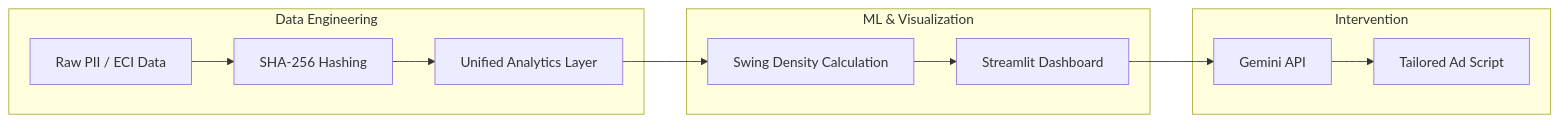
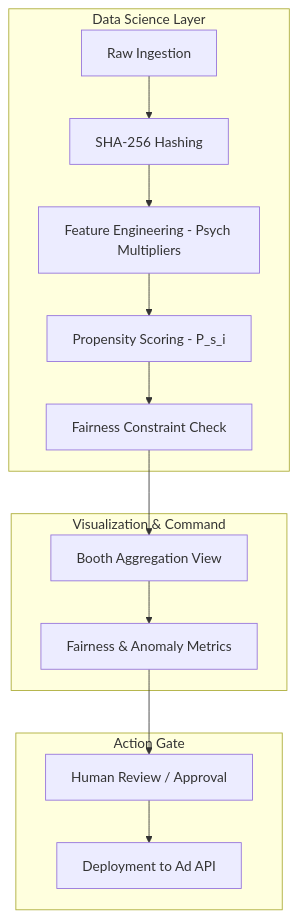
Before and after one commit to pramodcbabu/debaz: the diagram in nethra/docs/technical_specs.md, drawn with Mermaid. The commit also changed other lines of this file and 7 other files, not shown here.

Commit message:
Nethra Refinement: Grounding Psych/Ethics in Data & Math; Individual Propensity Model

````diff
--- a/nethra/docs/technical_specs.md
+++ b/nethra/docs/technical_specs.md
@@ -40,17 +38,19 @@
 ```mermaid
-graph LR
-    subgraph "Data Engineering"
-        A[Raw PII / ECI Data] --> B[SHA-256 Hashing]
-        B --> C[Unified Analytics Layer]
+graph TD
+    subgraph "Data Science Layer"
+        A[Raw Ingestion] --> B[SHA-256 Hashing]
+        B --> C[Feature Engineering - Psych Multipliers]
+        C --> D[Propensity Scoring - P_s_i]
+        D --> E[Fairness Constraint Check]
     end
     
-    subgraph "ML & Visualization"
-        C --> D[Swing Density Calculation]
-        D --> E[Streamlit Dashboard]
+    subgraph "Visualization & Command"
+        E --> F[Booth Aggregation View]
+        F --> G[Fairness & Anomaly Metrics]
     end
     
-    subgraph "Intervention"
-        E --> F[Gemini API]
-        F --> G[Tailored Ad Script]
+    subgraph "Action Gate"
+        G --> H[Human Review / Approval]
+        H --> I[Deployment to Ad API]
     end
 ```
````
